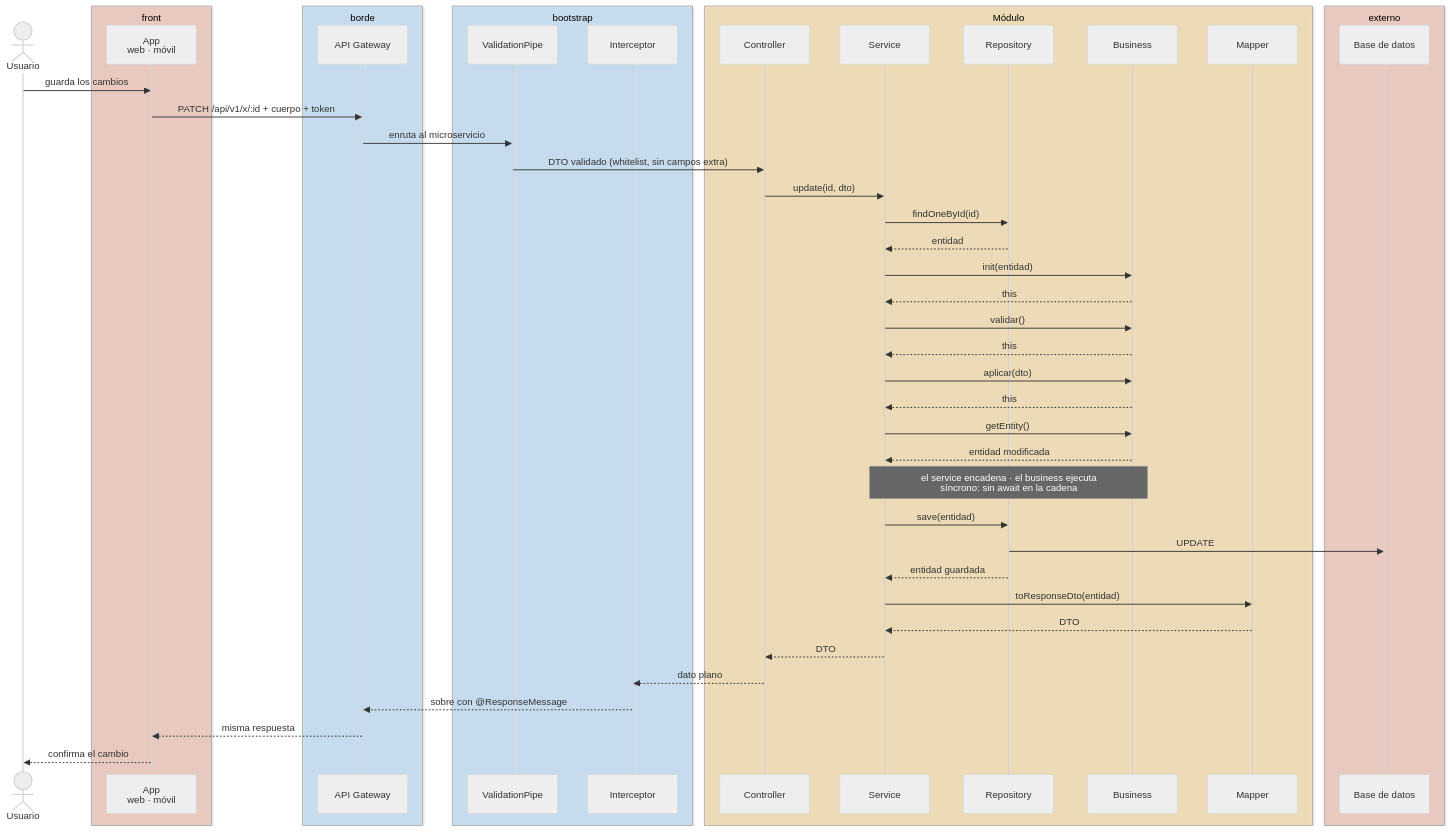
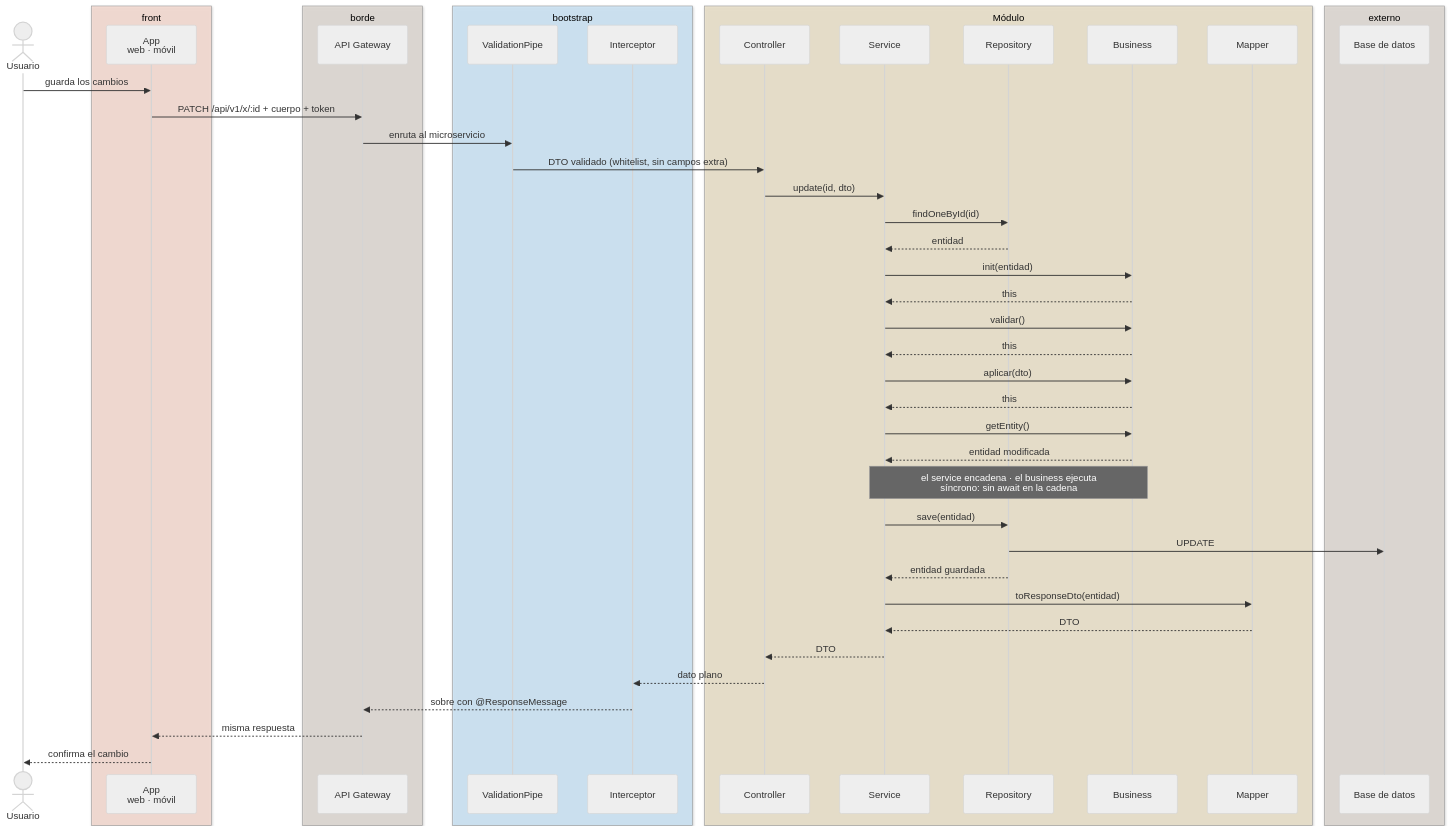
The eighth of 15 diagrams in docs/architecture/modular-microservice.md (pcarroza91/nest-template), drawn with Mermaid (neutral theme) before and after one commit. The commit also changed other lines of this file and 2 other files, not shown here.

First line of the commit message:
docs(architecture): colores por capa y componente en los diagramas Mermaid

````diff
--- a/docs/architecture/modular-microservice.md
+++ b/docs/architecture/modular-microservice.md
@@ -508,51 +534,51 @@
 ```mermaid
 sequenceDiagram
     actor U as Usuario
-    box rgba(246,193,178,0.6) front
+    box rgba(255,217,203,0.6) front
         participant FE as App<br/>web · móvil
     end
-    box rgba(188,225,255,0.6) borde
+    box rgba(222,214,206,0.6) borde
         participant GW as API Gateway
     end
-    box rgba(188,225,255,0.6) bootstrap
+    box rgba(195,231,255,0.6) bootstrap
         participant P as ValidationPipe
         participant I as Interceptor
     end
-    box rgba(253,224,163,0.6) Módulo
+    box rgba(239,226,192,0.6) Módulo
         participant C as Controller
         participant S as Service
         participant R as Repository
         participant B as Business
         participant M as Mapper
     end
-    box rgba(246,193,178,0.6) externo
+    box rgba(222,214,206,0.6) externo
         participant DB as Base de datos
     end
 
     U->>FE: guarda los cambios
     FE->>GW: PATCH /api/v1/x/:id + cuerpo + token
     GW->>P: enruta al microservicio
     P->>C: DTO validado (whitelist, sin campos extra)
     C->>S: update(id, dto)
     S->>R: findOneById(id)
     R-->>S: entidad
     S->>B: init(entidad)
     B-->>S: this
     S->>B: validar()
     B-->>S: this
     S->>B: aplicar(dto)
     B-->>S: this
     S->>B: getEntity()
     B-->>S: entidad modificada
     Note over S,B: el service encadena · el business ejecuta<br/>síncrono: sin await en la cadena
     S->>R: save(entidad)
     R->>DB: UPDATE
     R-->>S: entidad guardada
     S->>M: toResponseDto(entidad)
     M-->>S: DTO
     S-->>C: DTO
     C-->>I: dato plano
     I-->>GW: sobre con @ResponseMessage
     GW-->>FE: misma respuesta
     FE-->>U: confirma el cambio
 ```
````
